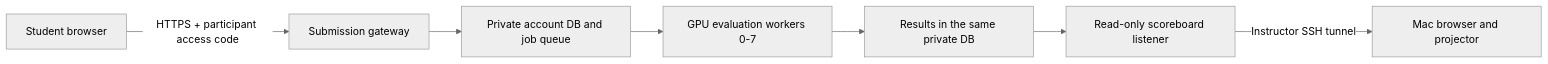
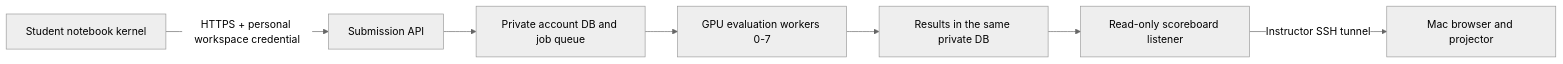
Before and after one commit to yang926/ai4sci-physicsnemo-judge: the diagram in docs/connections.md, drawn with Mermaid (neutral theme). The commit also changed other lines of this file and 18 other files, not shown here.

````diff
--- a/docs/connections.md
+++ b/docs/connections.md
@@ -5,9 +10,9 @@
 ```mermaid
 flowchart LR
-    S[Student browser] -->|HTTPS + participant access code| W[Submission gateway]
+    S[Student notebook kernel] -->|HTTPS + personal workspace credential| W[Submission API]
     W --> Q[Private account DB and job queue]
     Q --> G[GPU evaluation workers 0-7]
     G --> R[Results in the same private DB]
     R --> D[Read-only scoreboard listener]
     D -->|Instructor SSH tunnel| M[Mac browser and projector]
 ```
````
